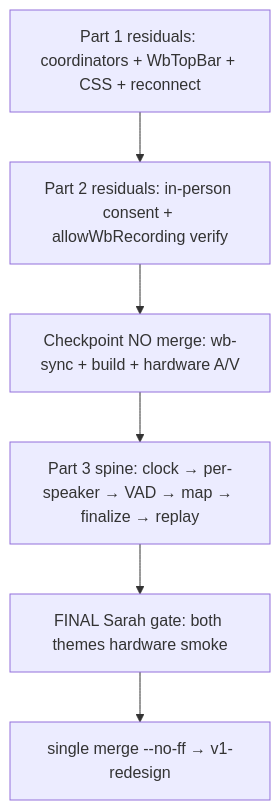
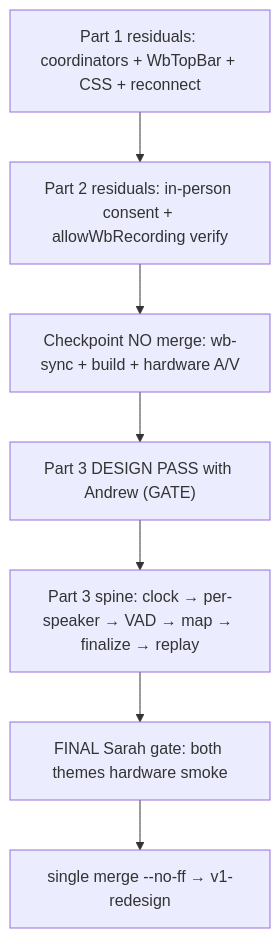
One commit to Arangarx/tutoring-notes changed the diagram in docs/handoff/ORCHESTRATOR-STATE.md. Above: the diagram before and after it, drawn with Mermaid. The commit also changed other lines of this file, not shown here.

Commit message:
docs(orchestrator-state): reconcile body↔HEAD; Part 3 design-pass-gated (Andrew); tip 8c9f68b; t=0 ratified-input

````diff
--- a/docs/handoff/ORCHESTRATOR-STATE.md
+++ b/docs/handoff/ORCHESTRATOR-STATE.md
@@ -62,8 +62,9 @@
 ```mermaid
 flowchart TD
   P1R["Part 1 residuals: coordinators + WbTopBar + CSS + reconnect"] --> P2R["Part 2 residuals: in-person consent + allowWbRecording verify"]
   P2R --> CP["Checkpoint NO merge: wb-sync + build + hardware A/V"]
-  CP --> P3["Part 3 spine: clock → per-speaker → VAD → map → finalize → replay"]
+  CP --> P3D["Part 3 DESIGN PASS with Andrew (GATE)"]
+  P3D --> P3["Part 3 spine: clock → per-speaker → VAD → map → finalize → replay"]
   P3 --> GATE["FINAL Sarah gate: both themes hardware smoke"]
   GATE --> MERGE["single merge --no-ff → v1-redesign"]
 ```
````
